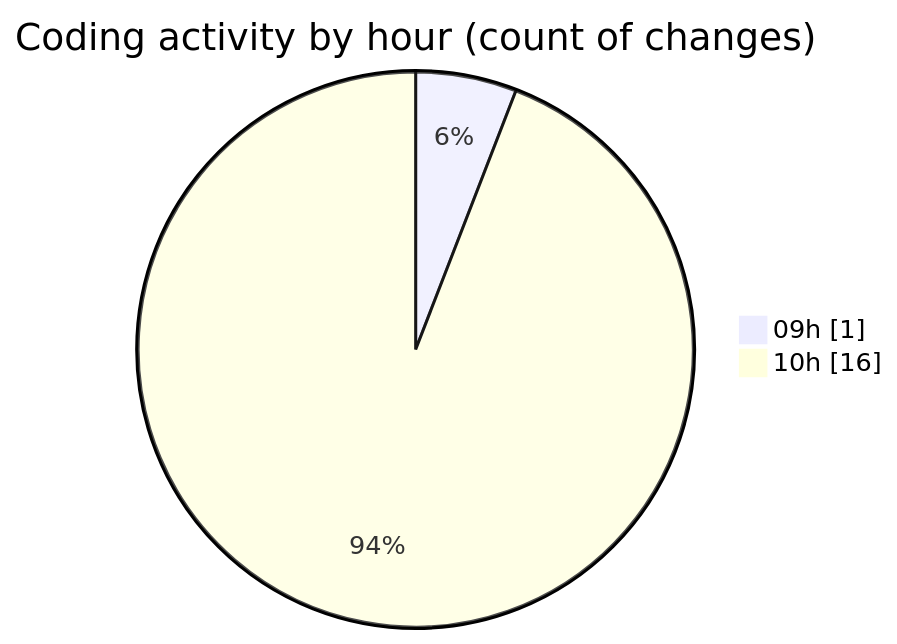
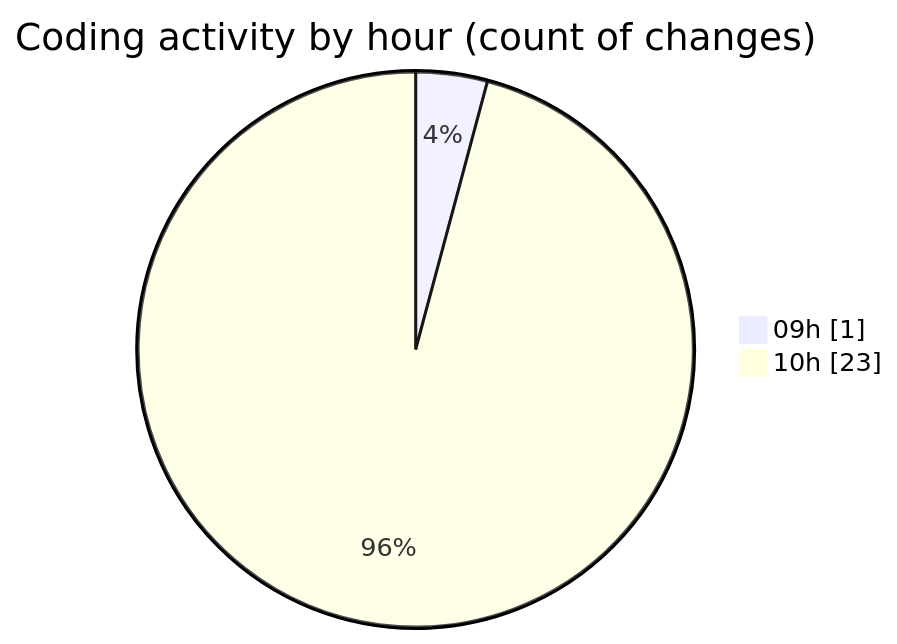
Before and after one commit to momahboobian/code-tracking: the second of 2 diagrams in 2026-01-07/cda/README.md, drawn with Mermaid. The commit also changed other lines of this file and 1 other file, not shown here.

````diff
--- a/2026-01-07/cda/README.md
+++ b/2026-01-07/cda/README.md
@@ -44,6 +44,6 @@
 ```mermaid
 pie showData
 title Coding activity by hour (count of changes)
 "09h" : 1
-"10h" : 16
+"10h" : 23
 ```
````
